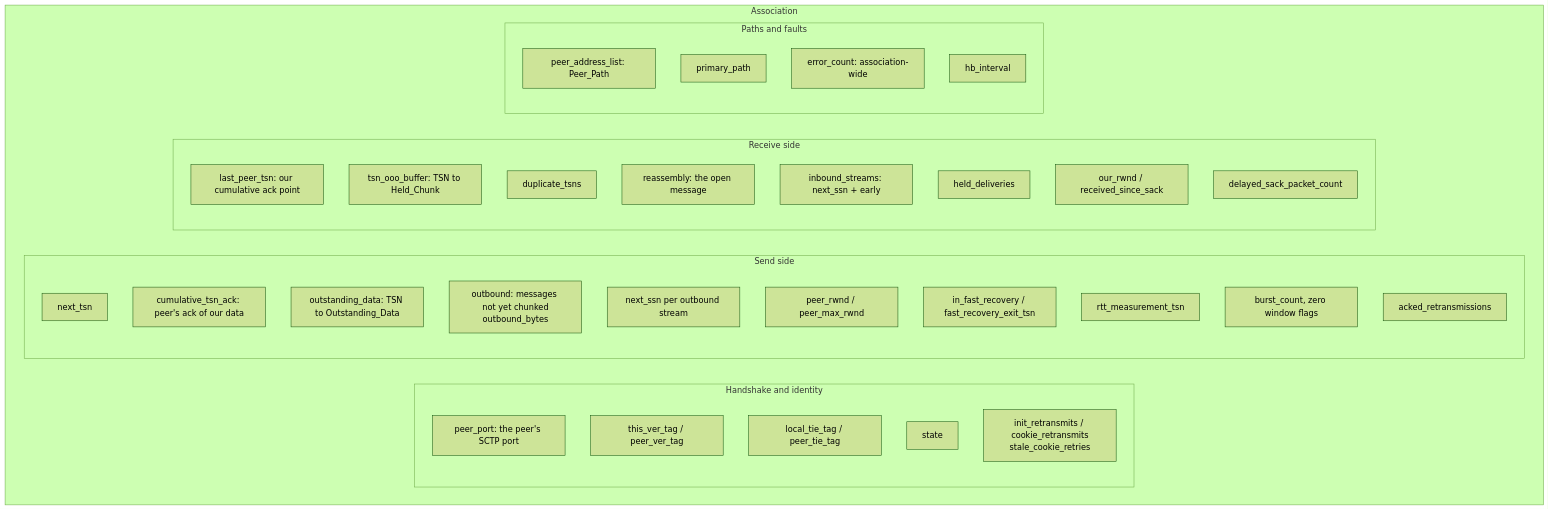
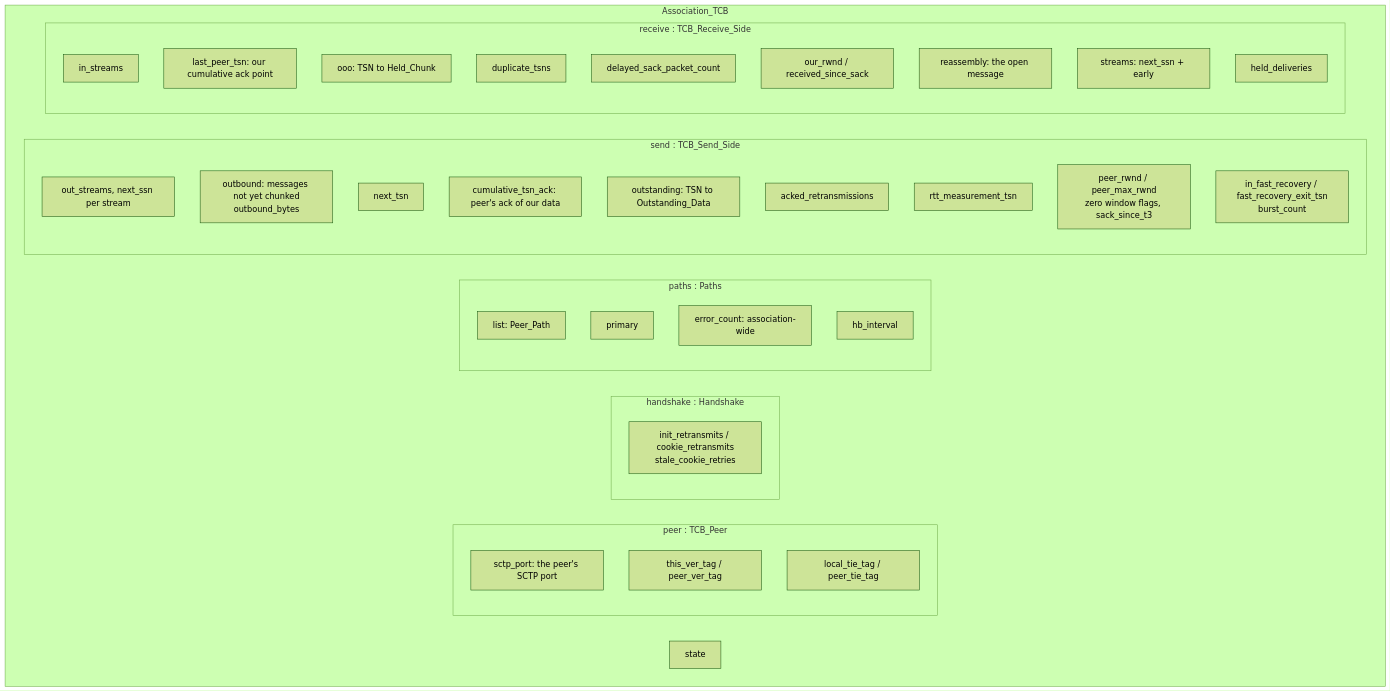
The fourth of 7 diagrams in docs/devs/01-architecture.md (ethanallenfernandez/sctp-stack), drawn with Mermaid (forest theme) before and after one commit. The commit also changed other lines of this file and 38 other files, not shown here.

````diff
--- a/docs/devs/01-architecture.md
+++ b/docs/devs/01-architecture.md
@@ -222,41 +222,43 @@
 ```mermaid
 flowchart TB
-    subgraph A["Association"]
+    subgraph A["Association_TCB"]
         direction LR
-        subgraph HS["Handshake and identity"]
-            hs0["peer_port: the peer's SCTP port"]
+        top["state"]
+        subgraph PEER["peer : TCB_Peer"]
+            pe0["sctp_port: the peer's SCTP port"]
             hs1["this_ver_tag / peer_ver_tag"]
             hs2["local_tie_tag / peer_tie_tag"]
-            hs3["state"]
+        end
+        subgraph HS["handshake : Handshake"]
             hs4["init_retransmits / cookie_retransmits<br/>stale_cookie_retries"]
         end
-        subgraph SEND["Send side"]
-            s1["next_tsn"]
-            s2["cumulative_tsn_ack: peer's ack of our data"]
-            s3["outstanding_data: TSN to Outstanding_Data"]
-            s4["outbound: messages not yet chunked<br/>outbound_bytes"]
-            s5["next_ssn per outbound stream"]
-            s6["peer_rwnd / peer_max_rwnd"]
-            s7["in_fast_recovery / fast_recovery_exit_tsn"]
-            s8["rtt_measurement_tsn"]
-            s9["burst_count, zero window flags"]
-            s10["acked_retransmissions"]
-        end
-        subgraph RECV["Receive side"]
-            r1["last_peer_tsn: our cumulative ack point"]
-            r2["tsn_ooo_buffer: TSN to Held_Chunk"]
-            r3["duplicate_tsns"]
-            r4["reassembly: the open message"]
-            r5["inbound_streams: next_ssn + early"]
-            r6["held_deliveries"]
-            r7["our_rwnd / received_since_sack"]
-            r8["delayed_sack_packet_count"]
-        end
-        subgraph PATHS["Paths and faults"]
-            p1["peer_address_list: Peer_Path"]
-            p2["primary_path"]
+        subgraph PATHS["paths : Paths"]
+            p1["list: Peer_Path"]
+            p2["primary"]
             p3["error_count: association-wide"]
             p4["hb_interval"]
         end
+        subgraph SEND["send : TCB_Send_Side"]
+            s5["out_streams, next_ssn per stream"]
+            s4["outbound: messages not yet chunked<br/>outbound_bytes"]
+            s1["next_tsn"]
+            s2["cumulative_tsn_ack: peer's ack of our data"]
+            s3["outstanding: TSN to Outstanding_Data"]
+            s10["acked_retransmissions"]
+            s8["rtt_measurement_tsn"]
+            s6["peer_rwnd / peer_max_rwnd<br/>zero window flags, sack_since_t3"]
+            s7["in_fast_recovery / fast_recovery_exit_tsn<br/>burst_count"]
+        end
+        subgraph RECV["receive : TCB_Receive_Side"]
+            r0["in_streams"]
+            r1["last_peer_tsn: our cumulative ack point"]
+            r2["ooo: TSN to Held_Chunk"]
+            r3["duplicate_tsns"]
+            r8["delayed_sack_packet_count"]
+            r7["our_rwnd / received_since_sack"]
+            r4["reassembly: the open message"]
+            r5["streams: next_ssn + early"]
+            r6["held_deliveries"]
+        end
     end
 ```
````
